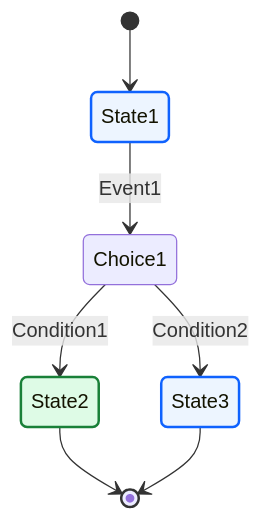
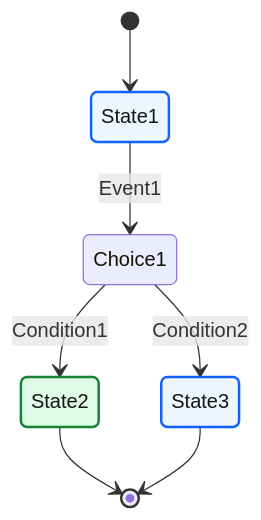
Before and after one commit to zhiweio/mermaid-illustrate: the fifth of 11 diagrams in examples/state.md, drawn with Mermaid. The commit also changed other lines of this file and 22 other files, not shown here.

````diff
--- a/examples/state.md
+++ b/examples/state.md
@@ -127,17 +127,17 @@
 ```mermaid
 stateDiagram-v2
     [*] --> State1
     State1 --> Choice1 : Event1
     Choice1 --> State2 : Condition1
     Choice1 --> State3 : Condition2
     State2 --> [*]
     State3 --> [*]
 
     state Choice1 <<choice>>
 
-    classDef bpProcess fill:#edf5ff,stroke:#0f62fe,stroke-width:2px
-    classDef bpSuccess fill:#defbe6,stroke:#198038,stroke-width:2px
+    classDef bpProcess fill:#edf5ff,stroke:#0f62fe,stroke-width:2px,color:#161616
+    classDef bpSuccess fill:#defbe6,stroke:#198038,stroke-width:2px,color:#161616
 
     class State1,State2,State3 bpProcess
     class State2 bpSuccess
 ```
````
